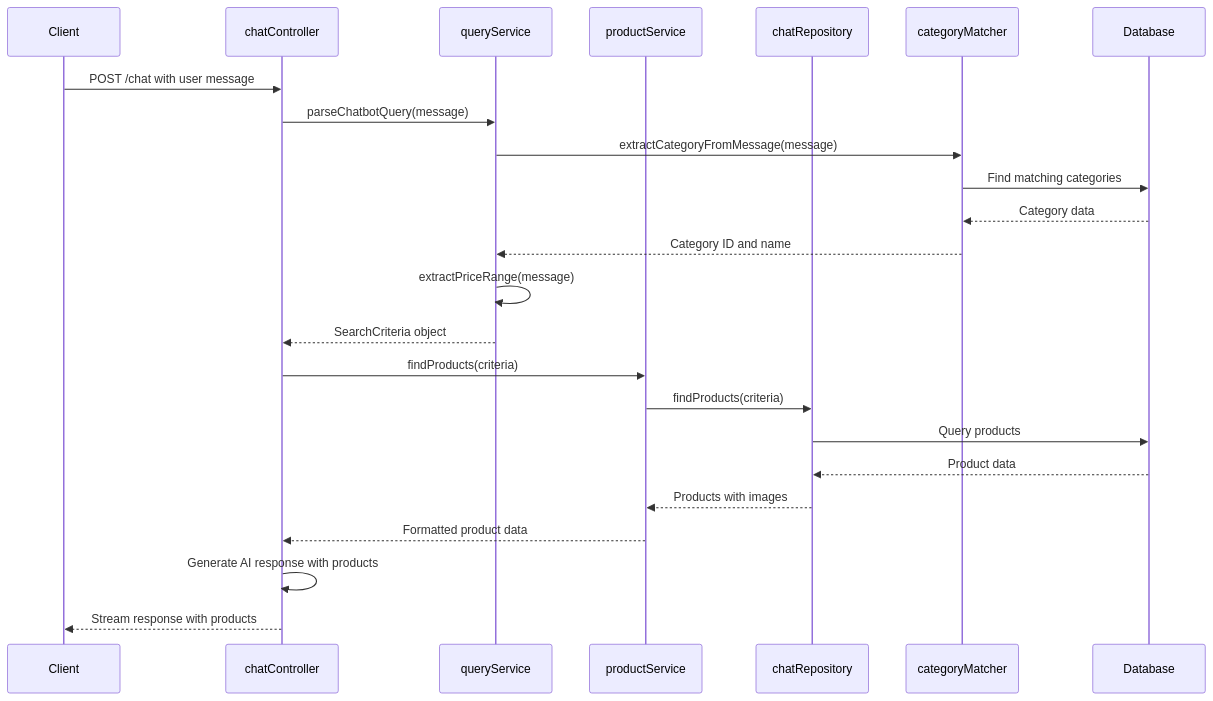
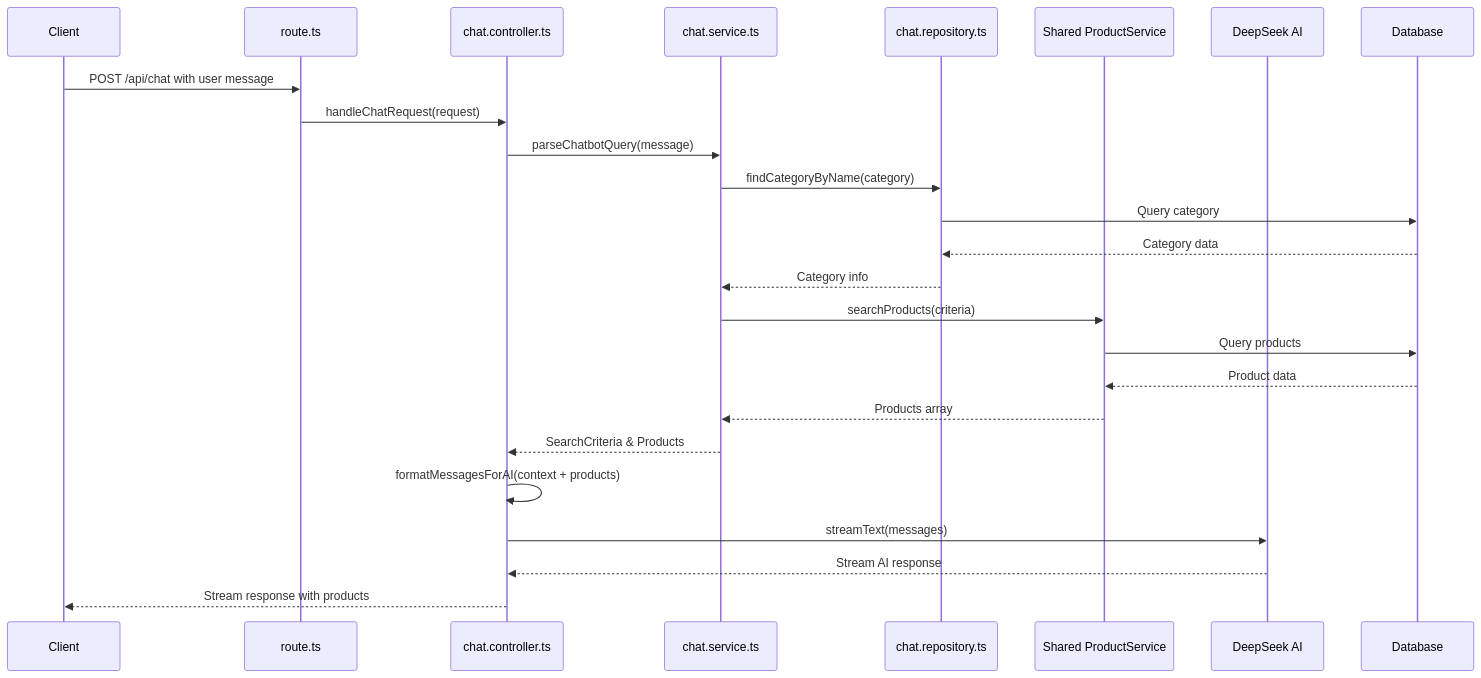
One commit to dennisvaga/bodyfuel changed the second of 3 diagrams in apps/shop/src/app/api/chat/README.md. Above: the diagram before and after it, drawn with Mermaid. The commit also changed other lines of this file and 18 other files, not shown here.

Commit message:
Refactor chat API: Implement new chat controller, service, and repository structure; remove obsolete stream utilities; enhance product query handling and streaming responses.

````diff
--- a/apps/shop/src/app/api/chat/README.md
+++ b/apps/shop/src/app/api/chat/README.md
@@ -57,27 +52,28 @@
 ```mermaid
 sequenceDiagram
     participant Client
-    participant Controller as chatController
-    participant QueryService as queryService
-    participant ProductService as productService
-    participant Repository as chatRepository
-    participant CategoryMatcher as categoryMatcher
+    participant Route as route.ts
+    participant Controller as chat.controller.ts
+    participant Service as chat.service.ts
+    participant Repository as chat.repository.ts
+    participant ProductService as Shared ProductService
+    participant DeepSeek as DeepSeek AI
     participant Database
 
-    Client->>Controller: POST /chat with user message
-    Controller->>QueryService: parseChatbotQuery(message)
-    QueryService->>CategoryMatcher: extractCategoryFromMessage(message)
-    CategoryMatcher->>Database: Find matching categories
-    Database-->>CategoryMatcher: Category data
-    CategoryMatcher-->>QueryService: Category ID and name
-    QueryService->>QueryService: extractPriceRange(message)
-    QueryService-->>Controller: SearchCriteria object
-    Controller->>ProductService: findProducts(criteria)
-    ProductService->>Repository: findProducts(criteria)
-    Repository->>Database: Query products
-    Database-->>Repository: Product data
-    Repository-->>ProductService: Products with images
-    ProductService-->>Controller: Formatted product data
-    Controller->>Controller: Generate AI response with products
+    Client->>Route: POST /api/chat with user message
+    Route->>Controller: handleChatRequest(request)
+    Controller->>Service: parseChatbotQuery(message)
+    Service->>Repository: findCategoryByName(category)
+    Repository->>Database: Query category
+    Database-->>Repository: Category data
+    Repository-->>Service: Category info
+    Service->>ProductService: searchProducts(criteria)
+    ProductService->>Database: Query products
+    Database-->>ProductService: Product data
+    ProductService-->>Service: Products array
+    Service-->>Controller: SearchCriteria & Products
+    Controller->>Controller: formatMessagesForAI(context + products)
+    Controller->>DeepSeek: streamText(messages)
+    DeepSeek-->>Controller: Stream AI response
     Controller-->>Client: Stream response with products
 ```
````
